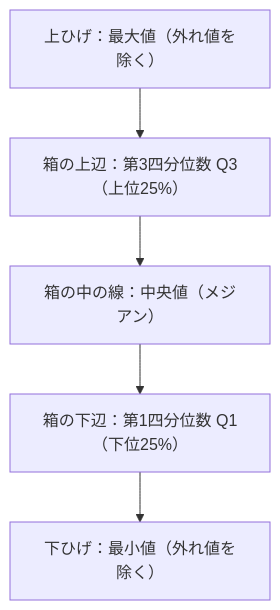
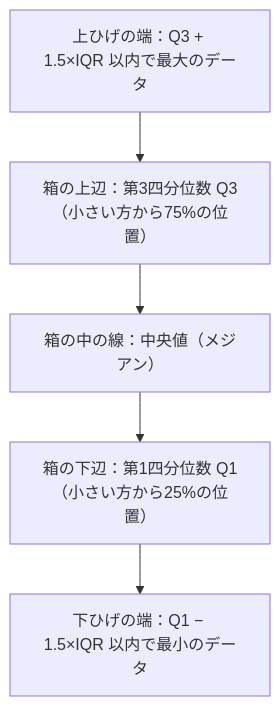
Before and after one commit to ichirio/chem-data-course: the diagram in docs/lessons/lesson-53.md, drawn with Mermaid. The commit also changed other lines of this file and 114 other files, not shown here.

````diff
--- a/docs/lessons/lesson-53.md
+++ b/docs/lessons/lesson-53.md
@@ -55,7 +55,7 @@
 ```mermaid
 flowchart TB
-    A["上ひげ：最大値（外れ値を除く）"] --> B["箱の上辺：第3四分位数 Q3（上位25%）"]
+    A["上ひげの端：Q3 + 1.5×IQR 以内で最大のデータ"] --> B["箱の上辺：第3四分位数 Q3（小さい方から75%の位置）"]
     B --> C["箱の中の線：中央値（メジアン）"]
-    C --> D["箱の下辺：第1四分位数 Q1（下位25%）"]
-    D --> E["下ひげ：最小値（外れ値を除く）"]
+    C --> D["箱の下辺：第1四分位数 Q1（小さい方から25%の位置）"]
+    D --> E["下ひげの端：Q1 − 1.5×IQR 以内で最小のデータ"]
 ```
````
